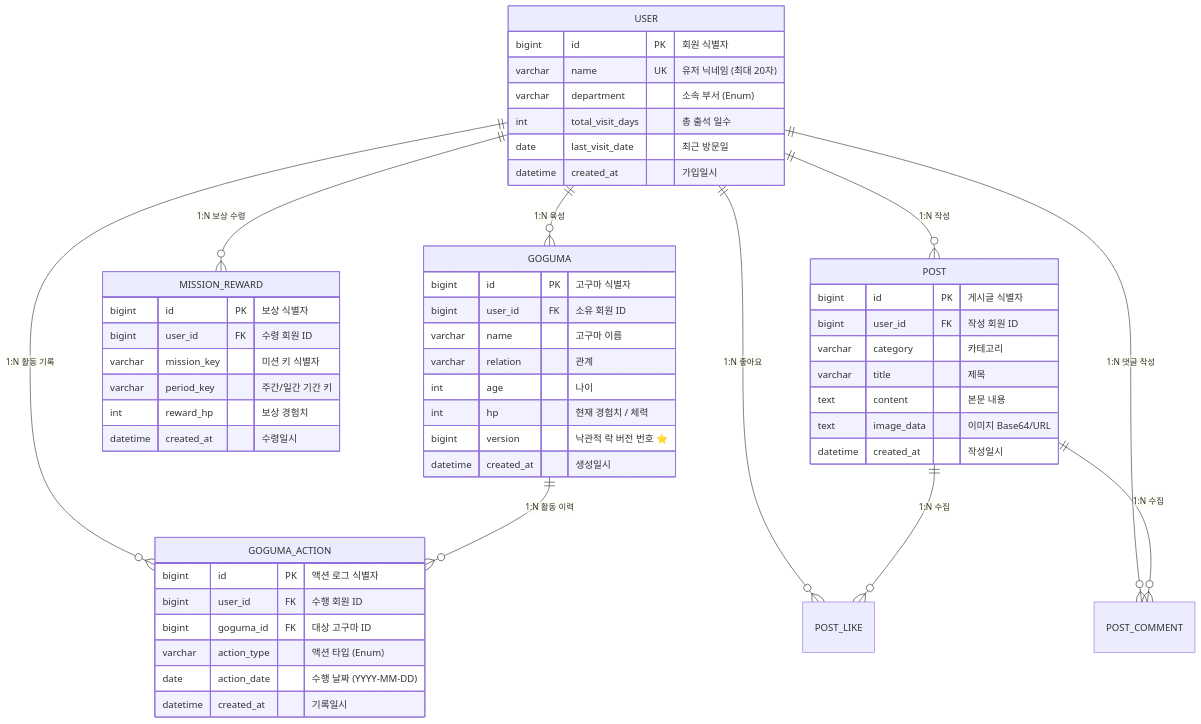
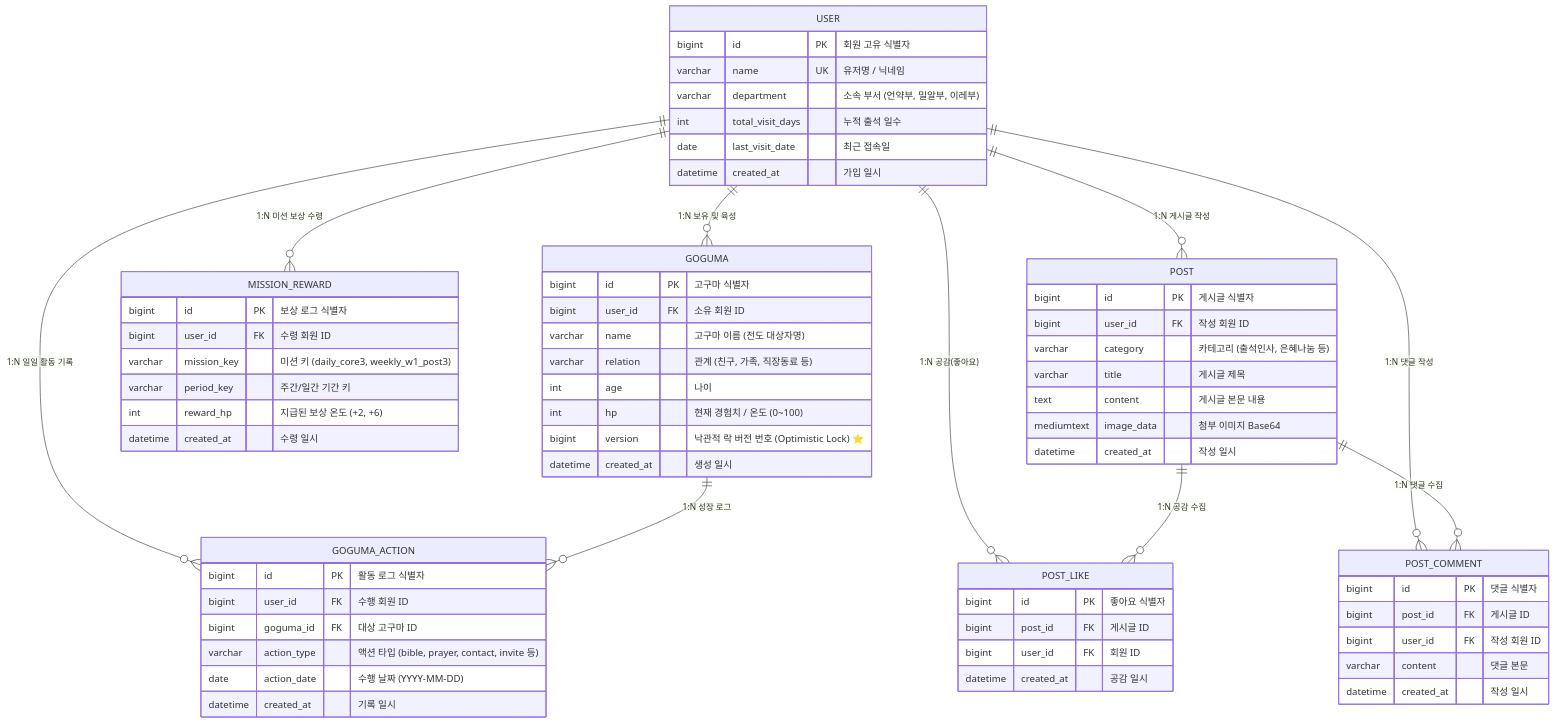
Before and after one commit to 1928704-afk/gugu: the second of 2 diagrams in README.md, drawn with Mermaid. The commit also changed other lines of this file, not shown here.

Commit message:
docs: modernize and expand README with full architecture, ERD, APIs, and engineering deep-dive

````diff
--- a/README.md
+++ b/README.md
@@ -50,60 +60,75 @@
 ```mermaid
 erDiagram
-    USER ||--o{ GOGUMA : "1:N 육성"
-    USER ||--o{ GOGUMA_ACTION : "1:N 활동 기록"
-    USER ||--o{ MISSION_REWARD : "1:N 보상 수령"
-    USER ||--o{ POST : "1:N 작성"
-    USER ||--o{ POST_LIKE : "1:N 좋아요"
+    USER ||--o{ GOGUMA : "1:N 보유 및 육성"
+    USER ||--o{ GOGUMA_ACTION : "1:N 일일 활동 기록"
+    USER ||--o{ MISSION_REWARD : "1:N 미션 보상 수령"
+    USER ||--o{ POST : "1:N 게시글 작성"
+    USER ||--o{ POST_LIKE : "1:N 공감(좋아요)"
     USER ||--o{ POST_COMMENT : "1:N 댓글 작성"
-    GOGUMA ||--o{ GOGUMA_ACTION : "1:N 활동 이력"
-    POST ||--o{ POST_LIKE : "1:N 수집"
-    POST ||--o{ POST_COMMENT : "1:N 수집"
+    GOGUMA ||--o{ GOGUMA_ACTION : "1:N 성장 로그"
+    POST ||--o{ POST_LIKE : "1:N 공감 수집"
+    POST ||--o{ POST_COMMENT : "1:N 댓글 수집"
 
     USER {
-        bigint id PK "회원 식별자"
-        varchar name UK "유저 닉네임 (최대 20자)"
-        varchar department "소속 부서 (Enum)"
-        int total_visit_days "총 출석 일수"
-        date last_visit_date "최근 방문일"
-        datetime created_at "가입일시"
+        bigint id PK "회원 고유 식별자"
+        varchar name UK "유저명 / 닉네임"
+        varchar department "소속 부서 (언약부, 밀알부, 이레부)"
+        int total_visit_days "누적 출석 일수"
+        date last_visit_date "최근 접속일"
+        datetime created_at "가입 일시"
     }
 
     GOGUMA {
         bigint id PK "고구마 식별자"
         bigint user_id FK "소유 회원 ID"
-        varchar name "고구마 이름"
-        varchar relation "관계"
+        varchar name "고구마 이름 (전도 대상자명)"
+        varchar relation "관계 (친구, 가족, 직장동료 등)"
         int age "나이"
-        int hp "현재 경험치 / 체력"
-        bigint version "낙관적 락 버전 번호 ⭐"
-        datetime created_at "생성일시"
+        int hp "현재 경험치 / 온도 (0~100)"
+        bigint version "낙관적 락 버전 번호 (Optimistic Lock) ⭐"
+        datetime created_at "생성 일시"
     }
 
     GOGUMA_ACTION {
-        bigint id PK "액션 로그 식별자"
+        bigint id PK "활동 로그 식별자"
         bigint user_id FK "수행 회원 ID"
         bigint goguma_id FK "대상 고구마 ID"
-        varchar action_type "액션 타입 (Enum)"
+        varchar action_type "액션 타입 (bible, prayer, contact, invite 등)"
         date action_date "수행 날짜 (YYYY-MM-DD)"
-        datetime created_at "기록일시"
+        datetime created_at "기록 일시"
     }
 
     MISSION_REWARD {
-        bigint id PK "보상 식별자"
+        bigint id PK "보상 로그 식별자"
         bigint user_id FK "수령 회원 ID"
-        varchar mission_key "미션 키 식별자"
+        varchar mission_key "미션 키 (daily_core3, weekly_w1_post3)"
         varchar period_key "주간/일간 기간 키"
-        int reward_hp "보상 경험치"
-        datetime created_at "수령일시"
+        int reward_hp "지급된 보상 온도 (+2, +6)"
+        datetime created_at "수령 일시"
     }
 
     POST {
         bigint id PK "게시글 식별자"
         bigint user_id FK "작성 회원 ID"
-        varchar category "카테고리"
-        varchar title "제목"
-        text content "본문 내용"
-        text image_data "이미지 Base64/URL"
-        datetime created_at "작성일시"
+        varchar category "카테고리 (출석인사, 은혜나눔 등)"
+        varchar title "게시글 제목"
+        text content "게시글 본문 내용"
+        mediumtext image_data "첨부 이미지 Base64"
+        datetime created_at "작성 일시"
+    }
+
+    POST_LIKE {
+        bigint id PK "좋아요 식별자"
+        bigint post_id FK "게시글 ID"
+        bigint user_id FK "회원 ID"
+        datetime created_at "공감 일시"
+    }
+
+    POST_COMMENT {
+        bigint id PK "댓글 식별자"
+        bigint post_id FK "게시글 ID"
+        bigint user_id FK "작성 회원 ID"
+        varchar content "댓글 본문"
+        datetime created_at "작성 일시"
     }
 ```
````
